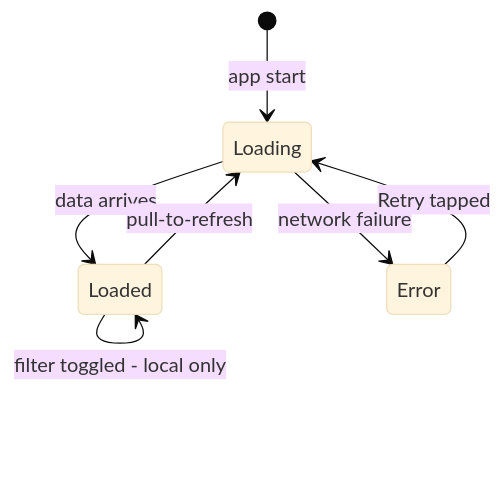
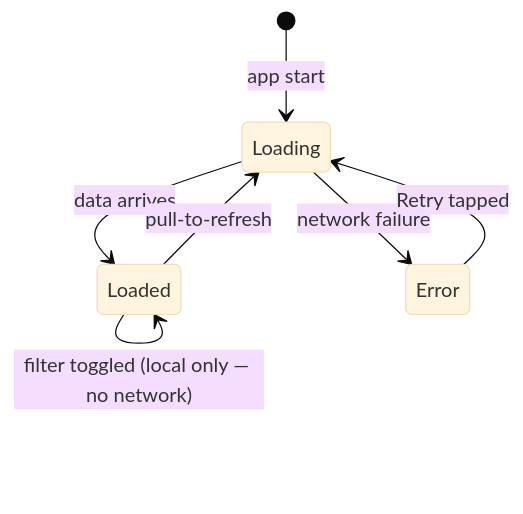
The fourth of 8 diagrams in PRESENTATION.md (sven-pettersson/Munchies), drawn with Mermaid (base theme) before and after one commit. The commit also changed other lines of this file, not shown here.

Commit message:
feat:adding presentation with graphs

````diff
--- a/PRESENTATION.md
+++ b/PRESENTATION.md
@@ -115,9 +110,9 @@
 ```mermaid
 stateDiagram-v2
-    [*] --> Loading : app start
-    Loading --> Loaded : data arrives
-    Loading --> Error : network failure
-    Error --> Loading : Retry tapped
-    Loaded --> Loading : pull-to-refresh
-    Loaded --> Loaded : filter toggled - local only
+  [*] --> Loading : app start
+  Loading --> Loaded : data arrives
+  Loading --> Error : network failure
+  Error --> Loading : Retry tapped
+  Loaded --> Loading : pull-to-refresh
+  Loaded --> Loaded : filter toggled (local only — no network)
 ```
````
